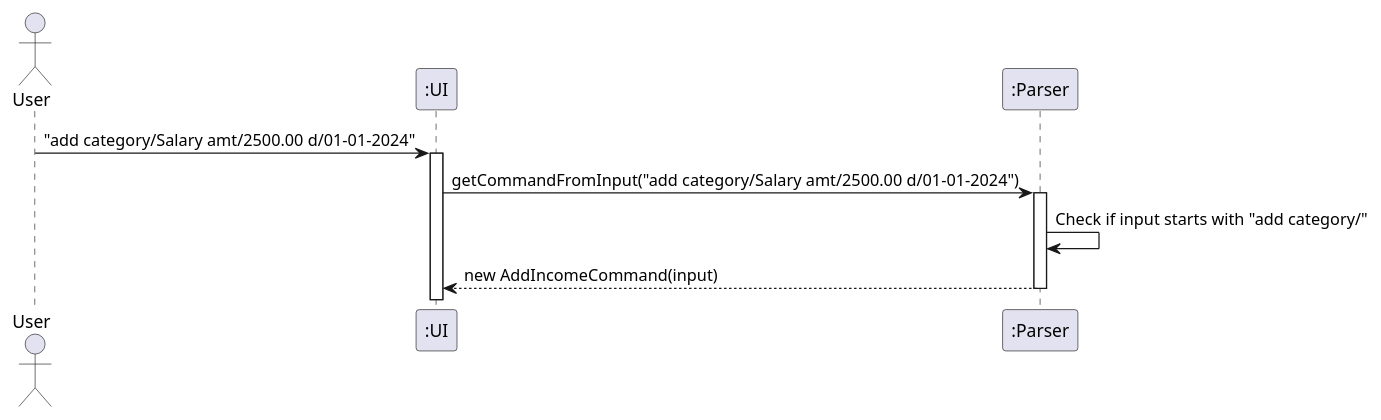
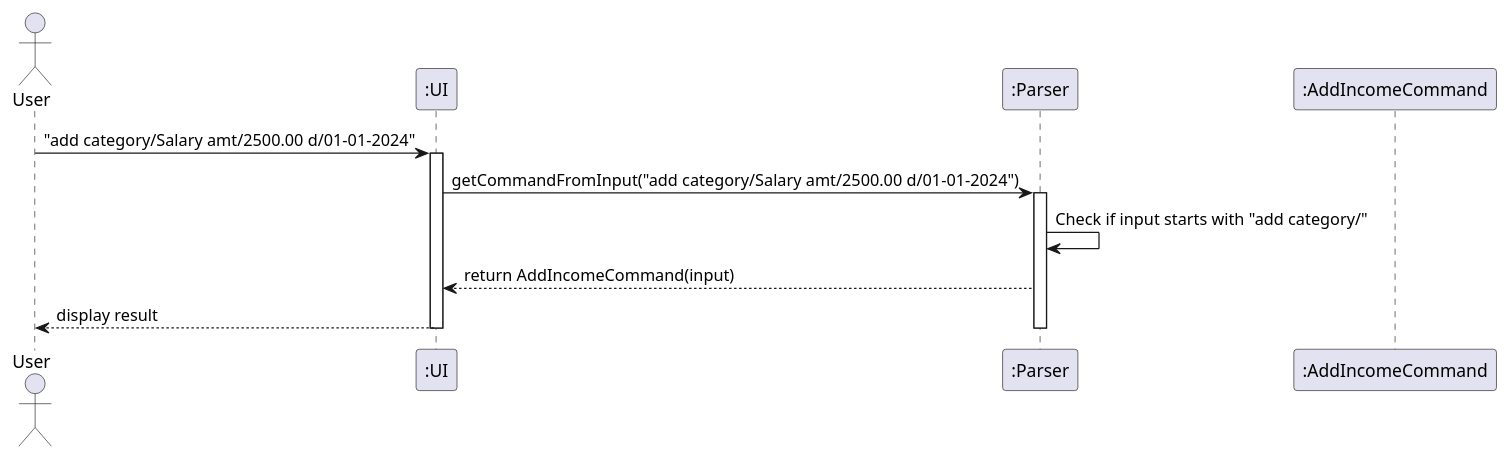
Before and after one commit to thienkimtranhoang/tp: the diagram in docs/diagrams/addincome_sequence_input parser.puml, drawn with PlantUML. The commit also changed 27 other files, not shown here.

```diff
--- a/docs/diagrams/addincome_sequence_input parser.puml
+++ b/docs/diagrams/addincome_sequence_input parser.puml
@@ -1,16 +1,19 @@
 @startuml
 actor User
 participant ":UI" as UI
 participant ":Parser" as Parser
+participant ":AddIncomeCommand" as AddIncomeCommand
 
 User -> UI : "add category/Salary amt/2500.00 d/01-01-2024"
 activate UI
 
 UI -> Parser : getCommandFromInput("add category/Salary amt/2500.00 d/01-01-2024")
 activate Parser
 
 Parser -> Parser : Check if input starts with "add category/"
-Parser --> UI : new AddIncomeCommand(input)
+Parser --> UI : return AddIncomeCommand(input)
+UI --> User : display result
 deactivate Parser
+deactivate UI
 
 @enduml
```
